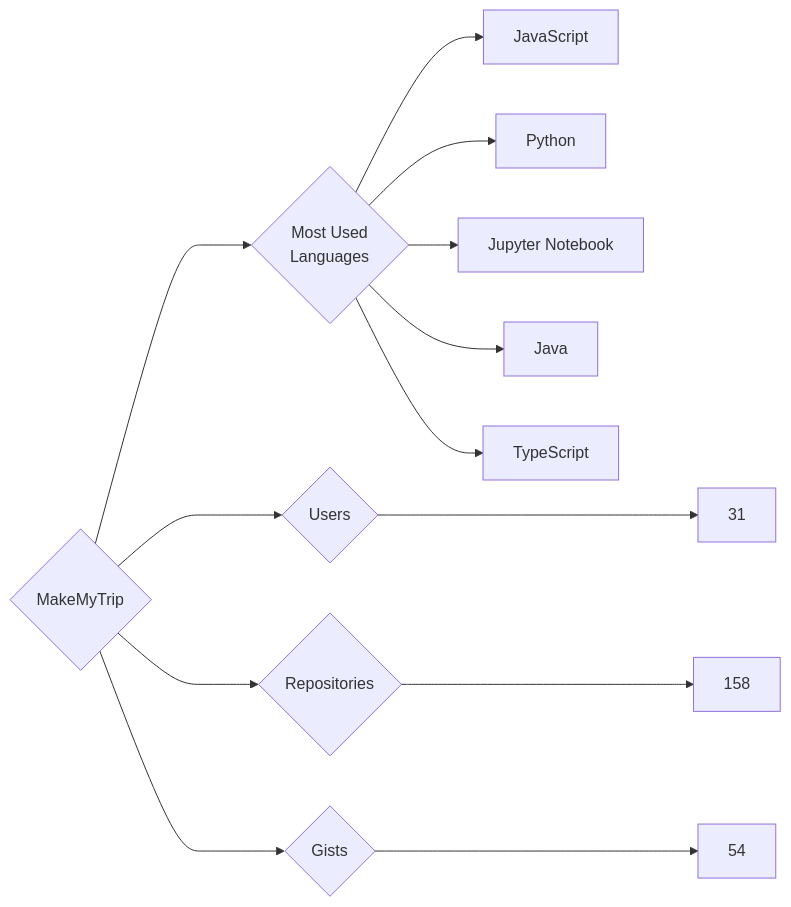
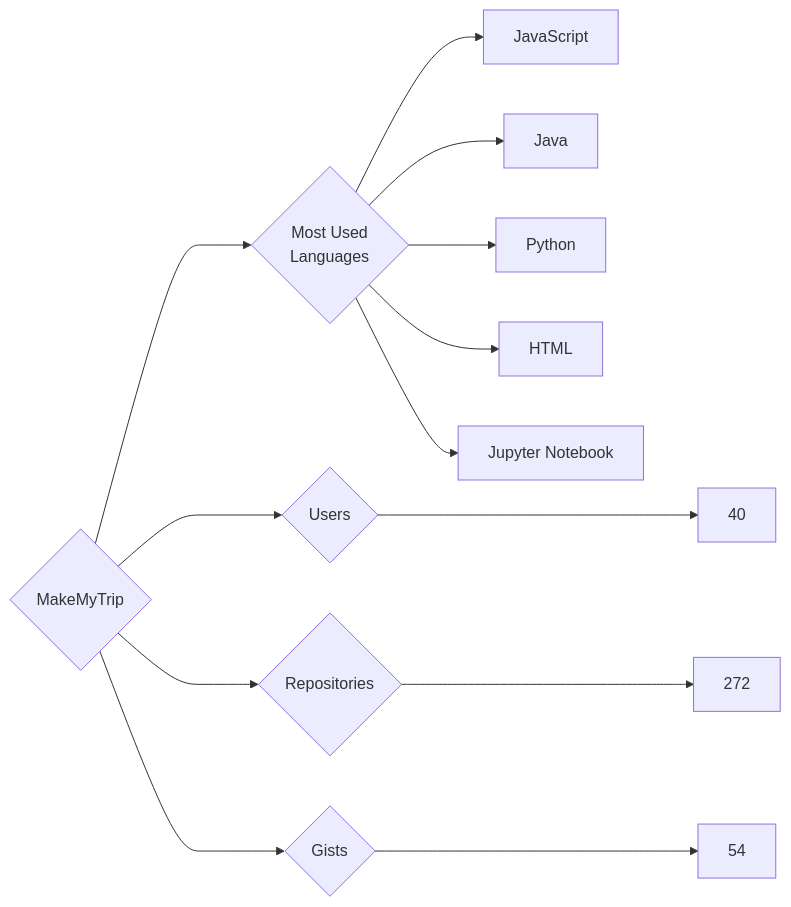
Before and after one commit to trickest/insiders: the diagram in targets/MakeMyTrip/README.md, drawn with Mermaid. The commit also changed 935 other files, not shown here.

````diff
--- a/targets/MakeMyTrip/README.md
+++ b/targets/MakeMyTrip/README.md
@@ -3,13 +3,13 @@
 ```mermaid
 graph LR
 COMPANY_NAME{MakeMyTrip}
-COMPANY_NAME ---> U{Users} ---> UN[31]
-COMPANY_NAME ---> R{Repositories} ---> RN[158]
+COMPANY_NAME ---> U{Users} ---> UN[40]
+COMPANY_NAME ---> R{Repositories} ---> RN[272]
 COMPANY_NAME ---> G{Gists} ---> GN[54]
 COMPANY_NAME ---> ML{Most Used<br>Languages}
 ML --> JavaScript[JavaScript]
+ML --> Java[Java]
 ML --> Python[Python]
+ML --> HTML[HTML]
 ML --> Jupyter_Notebook[Jupyter Notebook]
-ML --> Java[Java]
-ML --> TypeScript[TypeScript]
 ```
````
